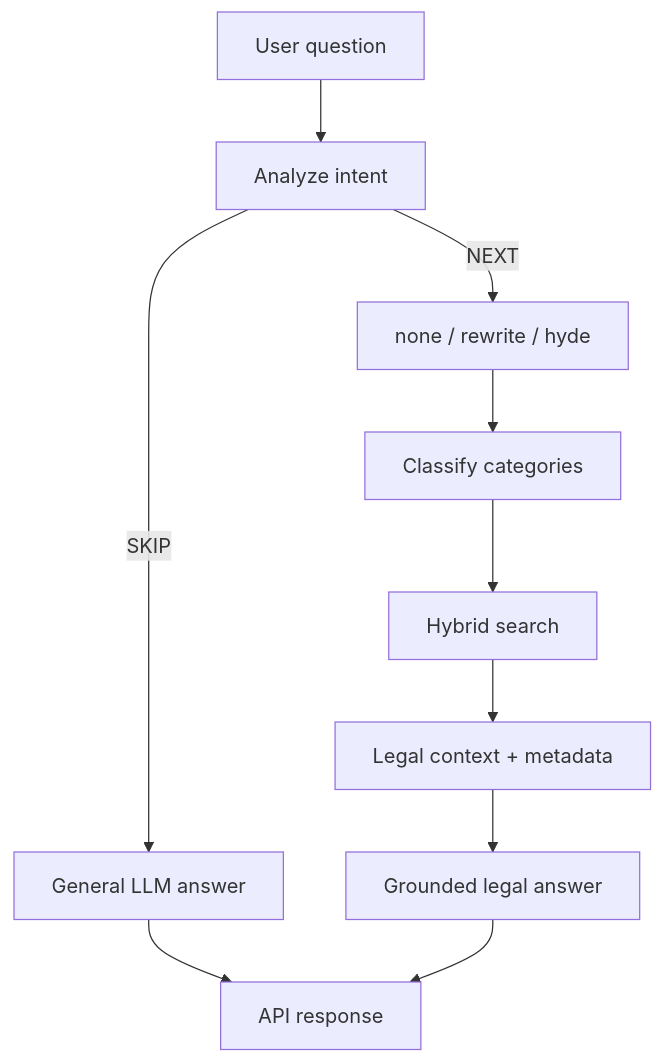
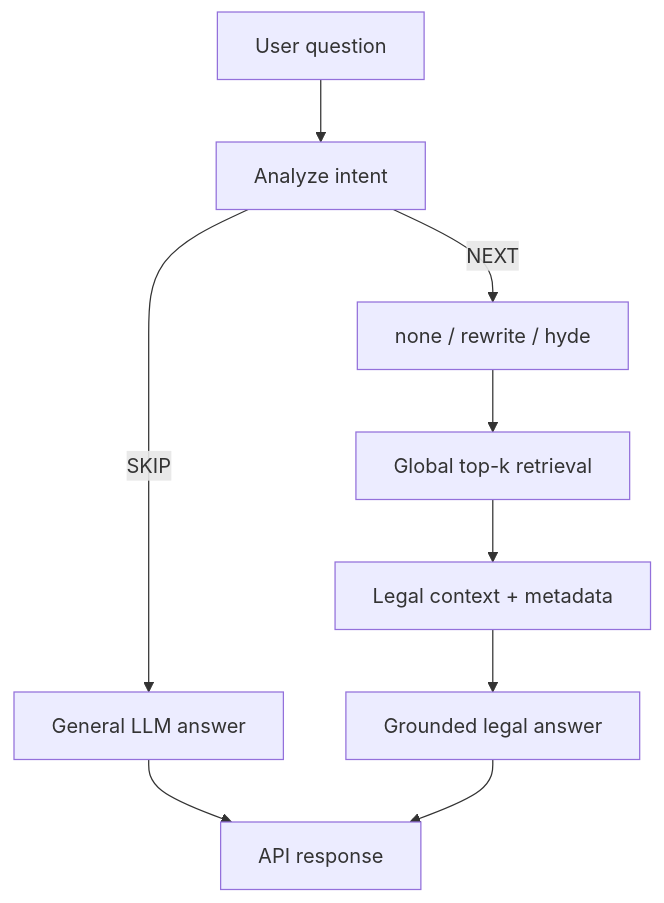
The third of 3 diagrams in backend/docs/REPORT.md (lmhtung/legal-assistant-agent), drawn with Mermaid before and after one commit. The commit also changed other lines of this file and 51 other files, not shown here.

````diff
--- a/backend/docs/REPORT.md
+++ b/backend/docs/REPORT.md
@@ -142,12 +145,11 @@
 ```mermaid
 flowchart TD
     Q[User question] --> Intent[Analyze intent]
     Intent -->|SKIP| General[General LLM answer]
     Intent -->|NEXT| Prepare[none / rewrite / hyde]
-    Prepare --> Category[Classify categories]
-    Category --> Search[Hybrid search]
+    Prepare --> Search[Global top-k retrieval]
     Search --> Context[Legal context + metadata]
     Context --> Answer[Grounded legal answer]
     General --> Output[API response]
     Answer --> Output
 ```
````
